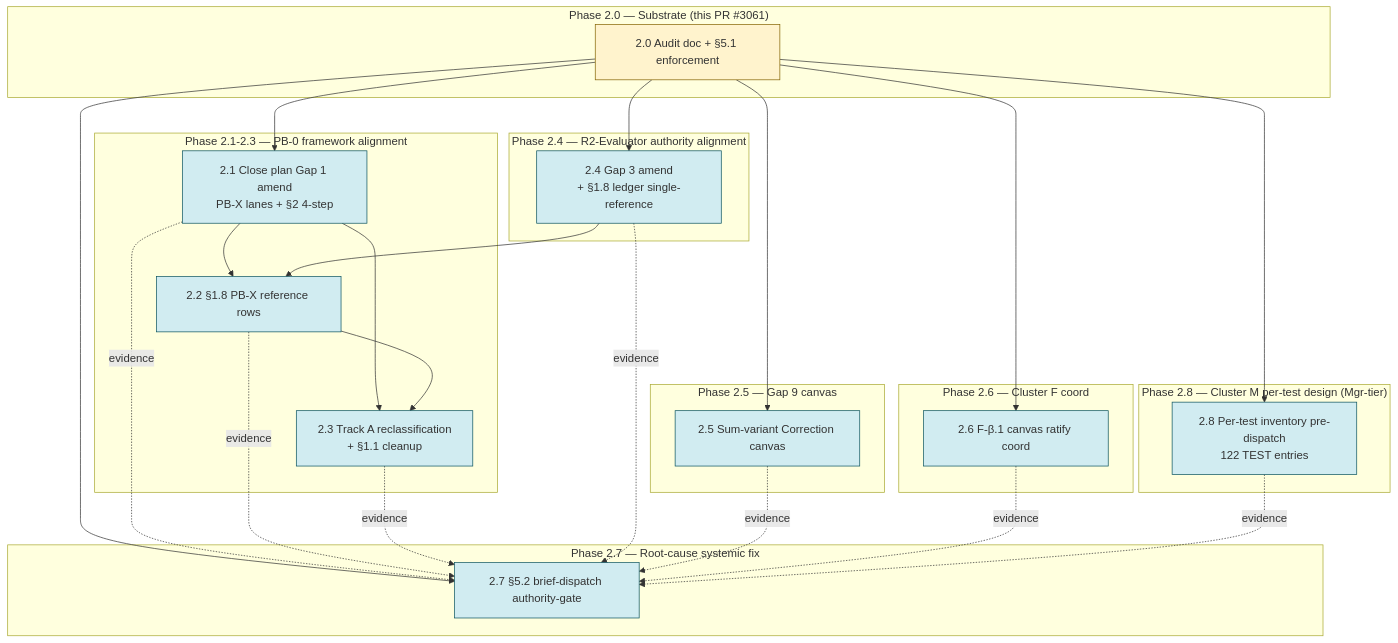
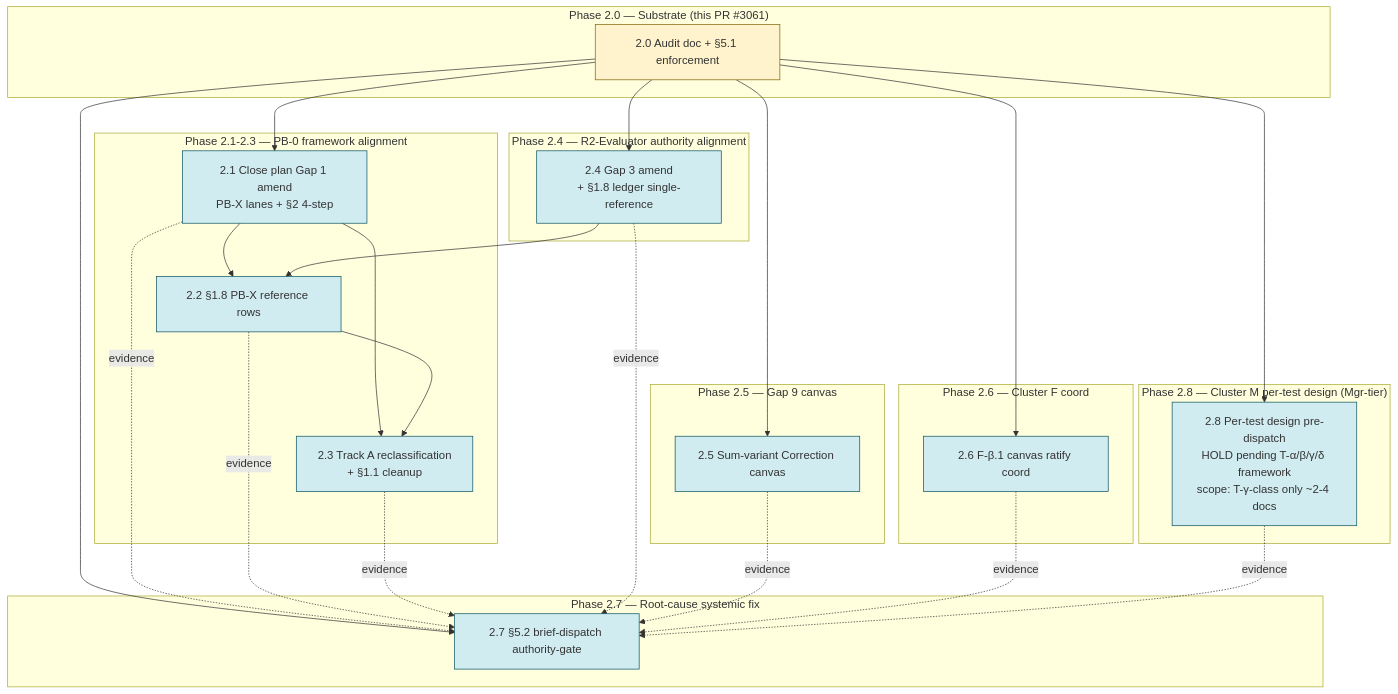
The diagram in docs/audit/r3-phase2-corrective-sweep-dispatch-plan-2026-05-14.md (gunb-ai/gunbc), drawn with Mermaid before and after one commit. The commit also changed other lines of this file and 1 other file, not shown here.

````diff
--- a/docs/audit/r3-phase2-corrective-sweep-dispatch-plan-2026-05-14.md
+++ b/docs/audit/r3-phase2-corrective-sweep-dispatch-plan-2026-05-14.md
@@ -40,61 +40,61 @@
 ```mermaid
 graph TD
   subgraph "Phase 2.0 — Substrate (this PR #3061)"
     P20[2.0 Audit doc + §5.1 enforcement]
   end
 
   subgraph "Phase 2.1-2.3 — PB-0 framework alignment"
     P21[2.1 Close plan Gap 1 amend<br/>PB-X lanes + §2 4-step]
     P22[2.2 §1.8 PB-X reference rows]
     P23[2.3 Track A reclassification<br/>+ §1.1 cleanup]
   end
 
   subgraph "Phase 2.4 — R2-Evaluator authority alignment"
     P24[2.4 Gap 3 amend<br/>+ §1.8 ledger single-reference]
   end
 
   subgraph "Phase 2.5 — Gap 9 canvas"
     P25[2.5 Sum-variant Correction canvas]
   end
 
   subgraph "Phase 2.6 — Cluster F coord"
     P26[2.6 F-β.1 canvas ratify coord]
   end
 
   subgraph "Phase 2.8 — Cluster M per-test design (Mgr-tier)"
-    P28[2.8 Per-test inventory pre-dispatch<br/>122 TEST entries]
+    P28[2.8 Per-test design pre-dispatch<br/>HOLD pending T-α/β/γ/δ framework<br/>scope: T-γ-class only ~2-4 docs]
   end
 
   subgraph "Phase 2.7 — Root-cause systemic fix"
     P27[2.7 §5.2 brief-dispatch authority-gate]
   end
 
   %% Direct dependencies
   P20 --> P21
   P20 --> P24
   P20 --> P25
   P20 --> P26
   P20 --> P27
   P20 --> P28
 
   %% Internal Phase chain
   P21 --> P22
   P21 --> P23
   P22 --> P23
   P24 --> P22
 
   %% 2.7 depends on evidence base from 2.1-2.6 + 2.8
   P21 -.evidence.-> P27
   P22 -.evidence.-> P27
   P23 -.evidence.-> P27
   P24 -.evidence.-> P27
   P25 -.evidence.-> P27
   P26 -.evidence.-> P27
   P28 -.evidence.-> P27
 
   %% Status coloring
   classDef active fill:#fff3cd,stroke:#856404
   classDef queued fill:#d1ecf1,stroke:#0c5460
   class P20 active
   class P21,P22,P23,P24,P25,P26,P27,P28 queued
 ```
````
